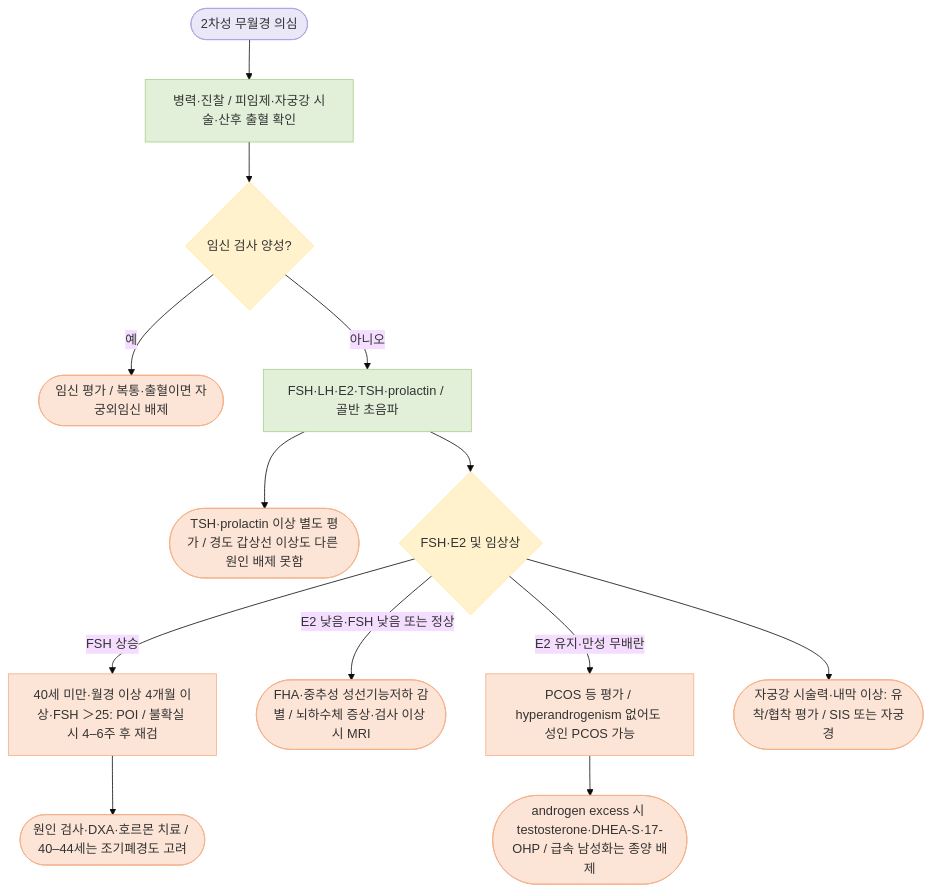
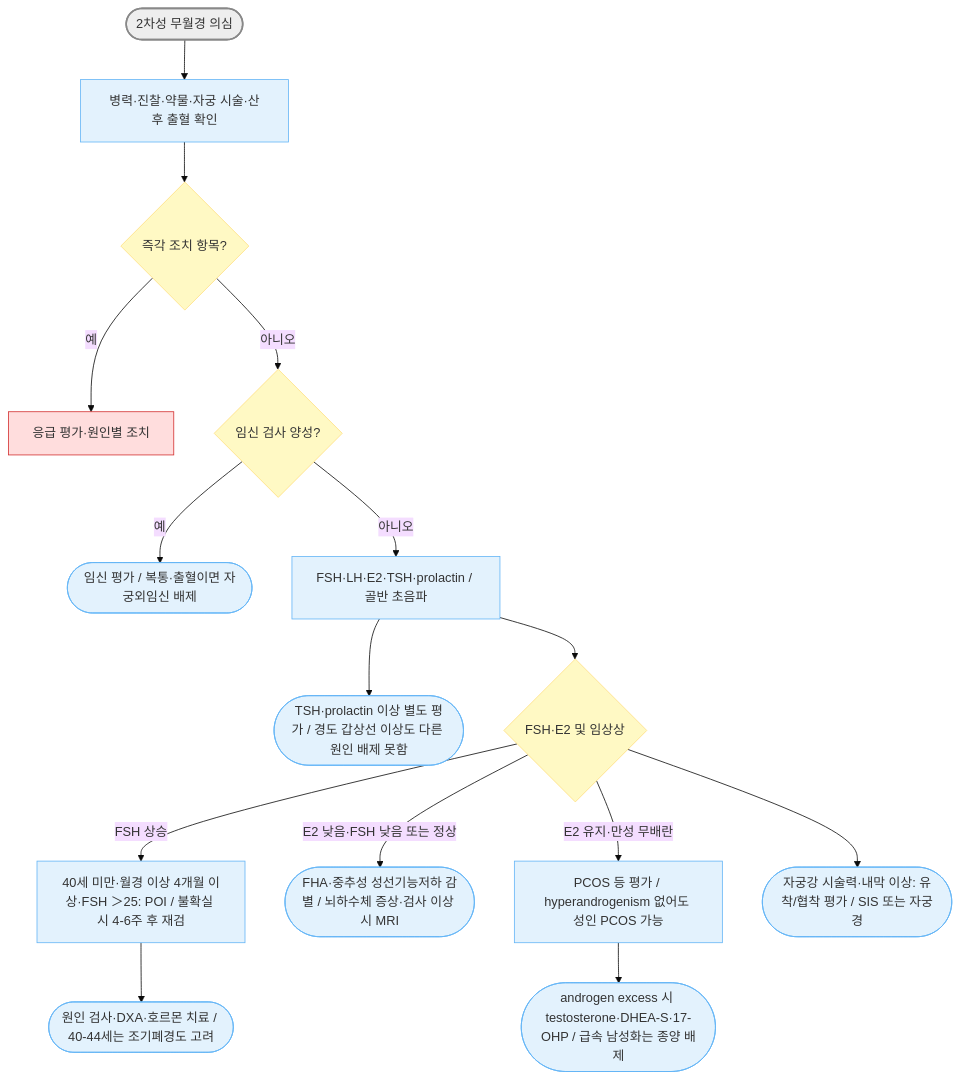
Before and after one commit to familyoh77/familyoh77: the second of 2 diagrams in 227_/130_-amenorrhea.md, drawn with Mermaid (base theme). The commit also changed other lines of this file and 10 other files, not shown here.

````diff
--- a/227_/130_-amenorrhea.md
+++ b/227_/130_-amenorrhea.md
@@ -143,22 +147,24 @@
 ```mermaid
 flowchart TD
-    A(["2차성 무월경 의심"]) --> A1["병력·진찰 / 피임제·자궁강 시술·산후 출혈 확인"] --> B{"임신 검사 양성?"}
-    B -- 예 --> P(["임신 평가 / 복통·출혈이면 자궁외임신 배제"])
-    B -- 아니오 --> C["FSH·LH·E2·TSH·prolactin / 골반 초음파"]
+    A(["2차성 무월경 의심"]) --> A1["병력·진찰·약물·자궁 시술·산후 출혈 확인"] --> R{"즉각 조치 항목?"}
+    R -- "예" --> ER["응급 평가·원인별 조치"]
+    R -- "아니오" --> B{"임신 검사 양성?"}
+    B -- "예" --> P(["임신 평가 / 복통·출혈이면 자궁외임신 배제"])
+    B -- "아니오" --> C["FSH·LH·E2·TSH·prolactin / 골반 초음파"]
     C --> T(["TSH·prolactin 이상 별도 평가 / 경도 갑상선 이상도 다른 원인 배제 못함"])
     C --> D{"FSH·E2 및 임상상"}
-    D -- FSH 상승 --> O["40세 미만·월경 이상 4개월 이상·FSH ＞25: POI / 불확실 시 4–6주 후 재검"]
-    O --> O2(["원인 검사·DXA·호르몬 치료 / 40–44세는 조기폐경도 고려"])
-    D -- E2 낮음·FSH 낮음 또는 정상 --> L(["FHA·중추성 성선기능저하 감별 / 뇌하수체 증상·검사 이상 시 MRI"])
-    D -- E2 유지·만성 무배란 --> N["PCOS 등 평가 / hyperandrogenism 없어도 성인 PCOS 가능"]
+    D -- "FSH 상승" --> O["40세 미만·월경 이상 4개월 이상·FSH ＞25: POI / 불확실 시 4-6주 후 재검"]
+    O --> O2(["원인 검사·DXA·호르몬 치료 / 40-44세는 조기폐경도 고려"])
+    D -- "E2 낮음·FSH 낮음 또는 정상" --> L(["FHA·중추성 성선기능저하 감별 / 뇌하수체 증상·검사 이상 시 MRI"])
+    D -- "E2 유지·만성 무배란" --> N["PCOS 등 평가 / hyperandrogenism 없어도 성인 PCOS 가능"]
     N --> N2(["androgen excess 시 testosterone·DHEA-S·17-OHP / 급속 남성화는 종양 배제"])
     D --> V(["자궁강 시술력·내막 이상: 유착/협착 평가 / SIS 또는 자궁경"])
-    classDef start fill:#EAE8F8,stroke:#B0A3E0,color:#333
-    classDef test fill:#E2F0D9,stroke:#A9D08E,color:#333
-    classDef decision fill:#FFF2CC,stroke:#FFE699,color:#333
-    classDef action fill:#FCE4D6,stroke:#F4B08A,color:#333
+    classDef start fill:#eeeeee,stroke:#888888,stroke-width:2px
+    classDef question fill:#fff9c4,stroke:#ffe082
+    classDef emergency fill:#ffdddd,stroke:#d32f2f
+    classDef care fill:#e3f2fd,stroke:#64b5f6
     class A start
-    class A1,C test
-    class B,D decision
-    class P,T,O,O2,L,N,N2,V action
+    class B,D,R question
+    class ER emergency
+    class A1,C,L,N,N2,O,O2,P,T,V care
 ```
````
